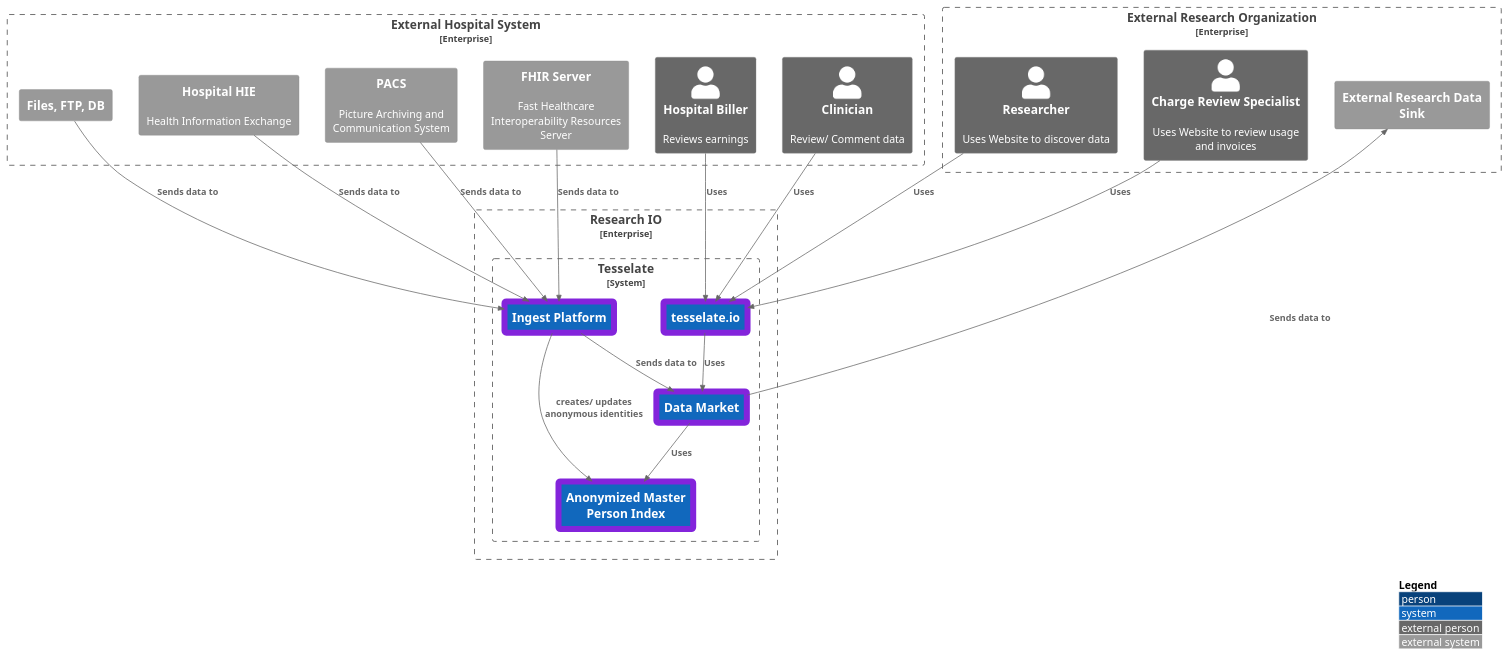
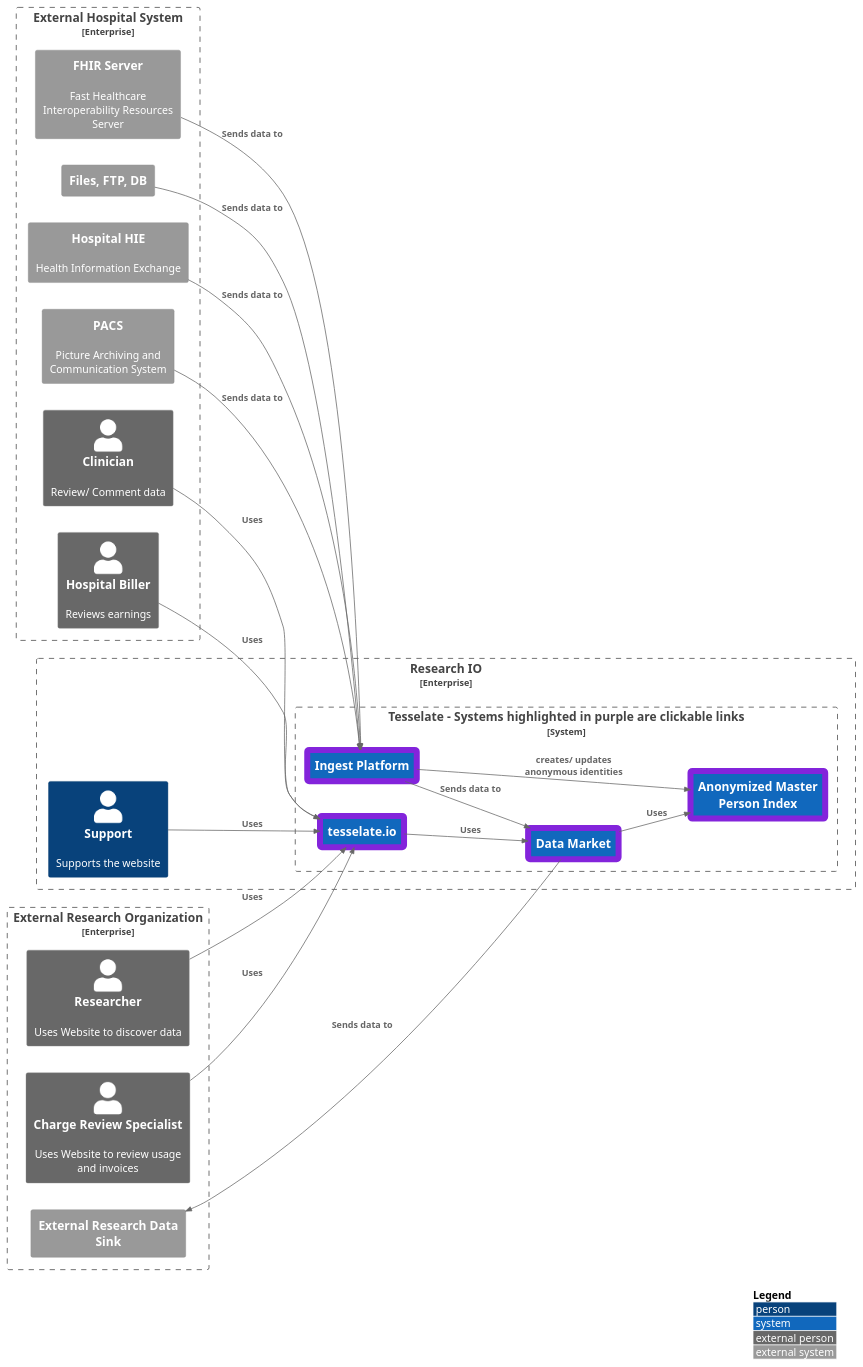
The diagram in ArchitectureModel/ContextDiagram.puml (migueladelvalle/SE577-684-SP-23-24-final-project), drawn with PlantUML before and after one commit. The commit also changed 15 other files, not shown here.

Commit message:
C4 diagram adding additional components

```diff
--- a/ArchitectureModel/ContextDiagram.puml
+++ b/ArchitectureModel/ContextDiagram.puml
@@ -1,48 +1,54 @@
 @startuml
-!include https://raw.githubusercontent.com/plantuml-stdlib/C4-PlantUML/master/C4_Context.puml
+!include ./C4_Context.puml
 
-LAYOUT_TOP_DOWN()
+LAYOUT_LEFT_RIGHT()
 LAYOUT_WITH_LEGEND()
+
+
 
 AddElementTag("lowerLevelLink", $borderColor="8324db",$borderThickness="8")
 AddElementTag("higherLevelLink", $borderColor="0fefe9ff",$borderThickness="8")
 
 Enterprise_Boundary(hospital, "External Hospital System"){
     Person_Ext(clinician, "Clinician", "Review/ Comment data")
     Person_Ext(billers, "Hospital Biller","Reviews earnings")
     System_Ext(hie, "Hospital HIE", "Health Information Exchange")
     System_Ext(pacs, "PACS", "Picture Archiving and Communication System")
     System_Ext(fhir, "FHIR Server", "Fast Healthcare Interoperability Resources Server")
     System_Ext(files, "Files, FTP, DB")
 }
 
 Enterprise_Boundary(ResearchIO, "Research IO"){
-    System_Boundary(tesselate, "Tesselate"){
+
+    Person(support, "Support", "Supports the website")
+
+    System_Boundary(tesselate, "Tesselate - Systems highlighted in purple are clickable links"){
         System(ingestion, "Ingest Platform",$link="./IngestPlatformContainer.puml", $tags="lowerLevelLink")
         System(datamarket, "Data Market",$link="./DataMarketContainer.puml", $tags="lowerLevelLink")
         System(ampi, "Anonymized Master Person Index",$link="./AMPIContainer.puml", $tags="lowerLevelLink")
         System(website, "tesselate.io",$link="./TesselateIOContainer.puml", $tags="lowerLevelLink")
     }
 }
 
 Enterprise_Boundary(research, "External Research Organization"){
     Person_Ext(researcher, "Researcher", "Uses Website to discover data")
     Person_Ext(reviewer, "Charge Review Specialist", "Uses Website to review usage and invoices")
     System_Ext(research_db, "External Research Data Sink")
 }
 
 Rel(clinician, website, "Uses")
 Rel(billers, website, "Uses")
 Rel(hie, ingestion, "Sends data to")
 Rel(pacs, ingestion, "Sends data to")
 Rel(fhir, ingestion, "Sends data to")
 Rel(files, ingestion, "Sends data to")
 Rel(ingestion, datamarket, "Sends data to")
 Rel(ingestion, ampi, "creates/ updates anonymous identities")
 Rel(datamarket, ampi, "Uses")
 Rel(website, datamarket, "Uses")
 Rel(researcher, website, "Uses")
 Rel(reviewer, website, "Uses")
 Rel(datamarket, research_db, "Sends data to")
+Rel(support, website, "Uses")
 
 @enduml
```
